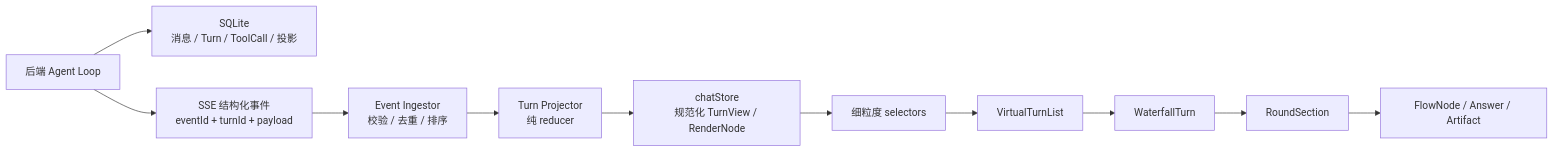
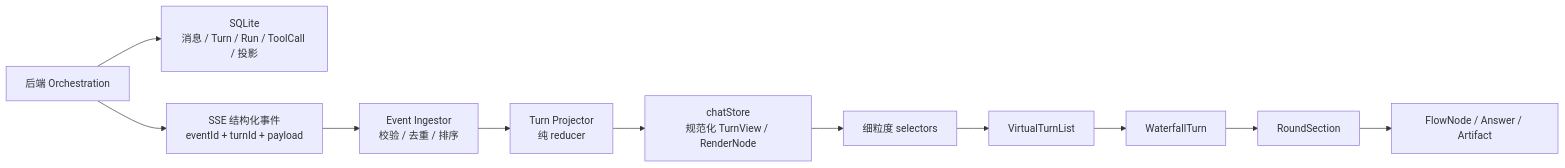
Before and after one commit to ssmiter/Iris: the third of 6 diagrams in docs/07-frontend-architecture.md, drawn with Mermaid. The commit also changed other lines of this file and 10 other files, not shown here.

Commit message:
docs(architecture): complete Iris system design

````diff
--- a/docs/07-frontend-architecture.md
+++ b/docs/07-frontend-architecture.md
@@ -251,13 +263,13 @@
 ```mermaid
 flowchart LR
-    LOOP["后端 Agent Loop"] --> DB["SQLite<br/>消息 / Turn / ToolCall / 投影"]
+    LOOP["后端 Orchestration"] --> DB["SQLite<br/>消息 / Turn / Run / ToolCall / 投影"]
     LOOP --> SSE["SSE 结构化事件<br/>eventId + turnId + payload"]
     SSE --> INGEST["Event Ingestor<br/>校验 / 去重 / 排序"]
     INGEST --> REDUCER["Turn Projector<br/>纯 reducer"]
     REDUCER --> STORE["chatStore<br/>规范化 TurnView / RenderNode"]
     STORE --> SELECT["细粒度 selectors"]
     SELECT --> LIST["VirtualTurnList"]
     LIST --> TURN["WaterfallTurn"]
     TURN --> ROUND["RoundSection"]
     ROUND --> NODE["FlowNode / Answer / Artifact"]
 ```
````
